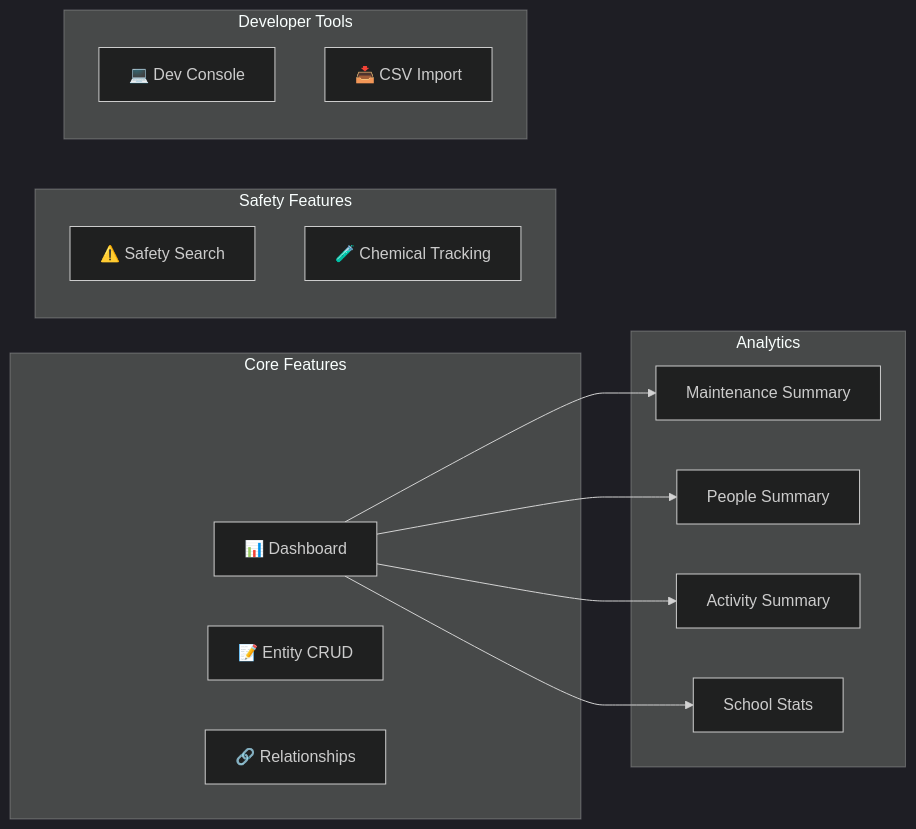
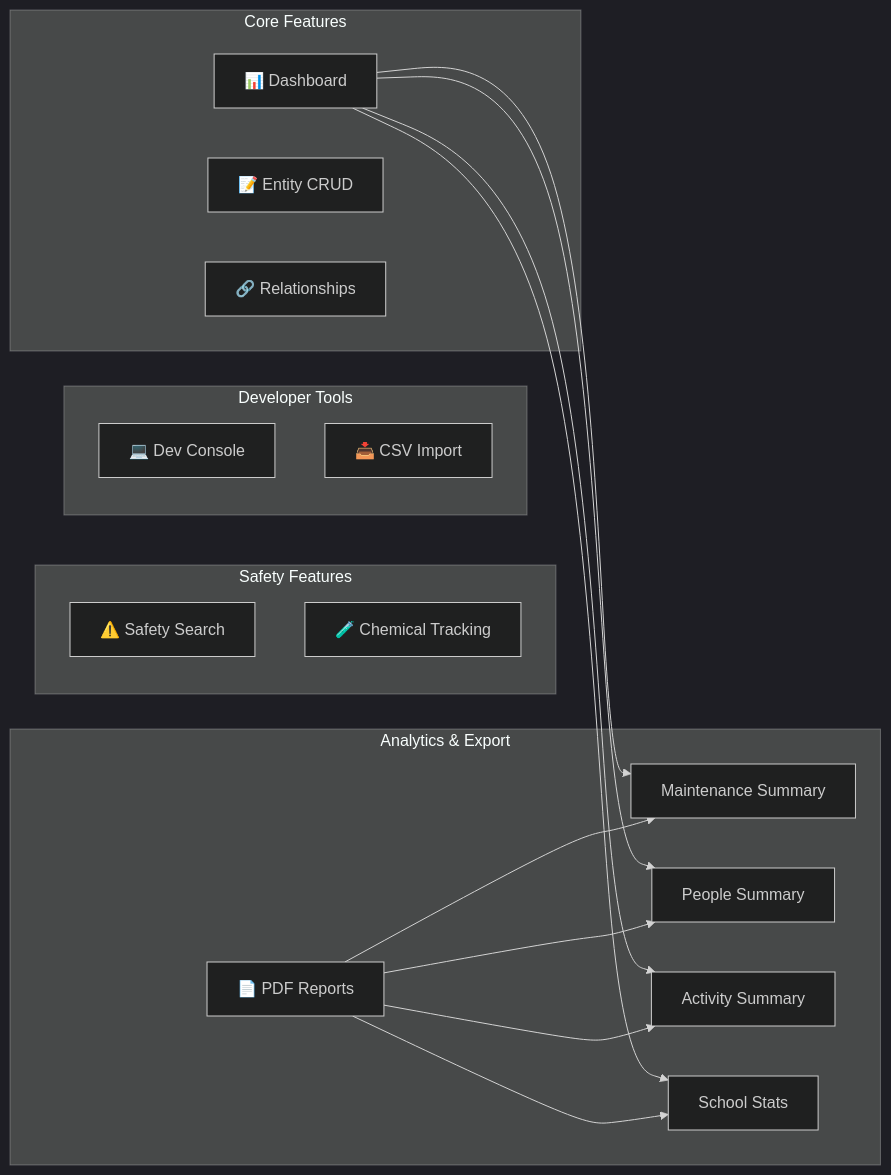
Before and after one commit to HaochenFa/COMP2411_DBMS_CMMS_GroupProject: the tenth of 13 diagrams in PROJECT_REPORT.md, drawn with Mermaid (dark theme). The commit also changed other lines of this file and 7 other files, not shown here.

First line of the commit message:
feat: Add PDF Report Generation & Export feature

````diff
--- a/PROJECT_REPORT.md
+++ b/PROJECT_REPORT.md
@@ -579,27 +594,29 @@
 ```mermaid
 flowchart LR
     subgraph Core["Core Features"]
         D[📊 Dashboard]
         CRUD[📝 Entity CRUD]
         REL[🔗 Relationships]
     end
 
     subgraph Safety["Safety Features"]
         SS[⚠️ Safety Search]
         CH[🧪 Chemical Tracking]
     end
 
     subgraph DevTools["Developer Tools"]
         DC[💻 Dev Console]
         IMP[📥 CSV Import]
     end
 
-    subgraph Reports["Analytics"]
+    subgraph Reports["Analytics & Export"]
         MS[Maintenance Summary]
         PS[People Summary]
         AS[Activity Summary]
         SchS[School Stats]
+        PDF[📄 PDF Reports]
     end
 
     D --> MS & PS & AS & SchS
+    PDF --> MS & PS & AS & SchS
 ```
````
